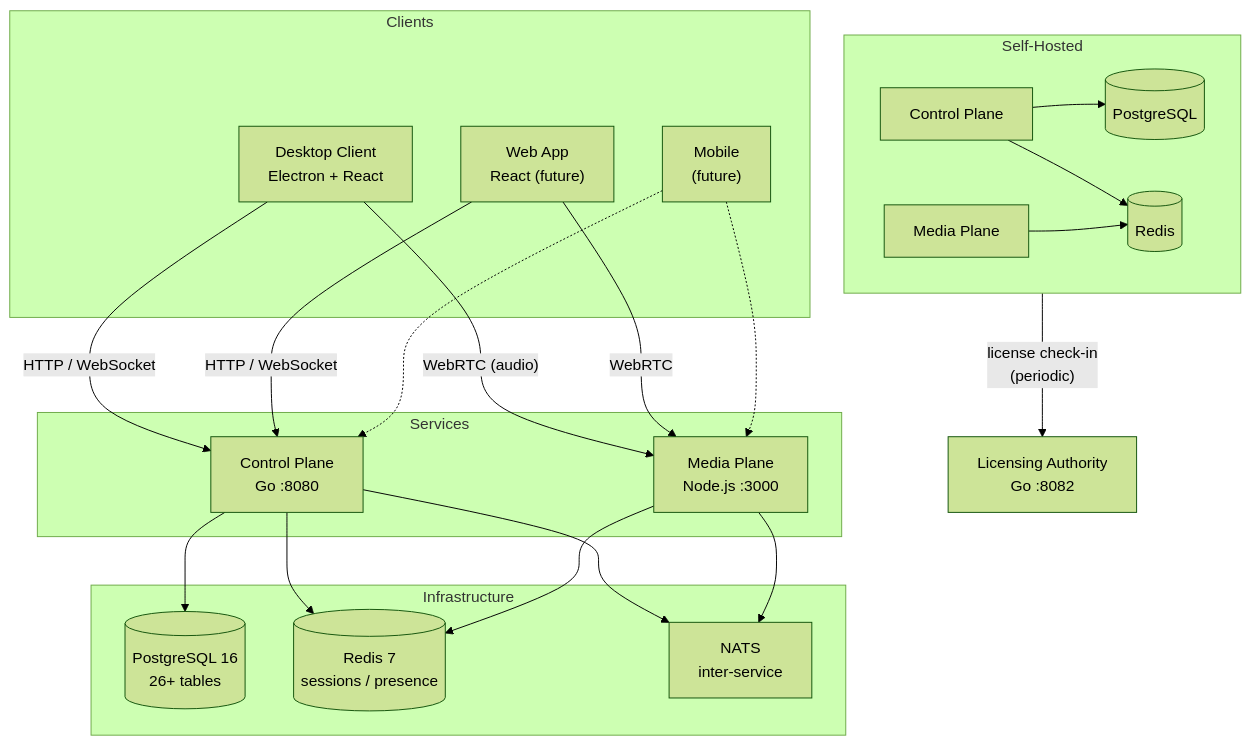
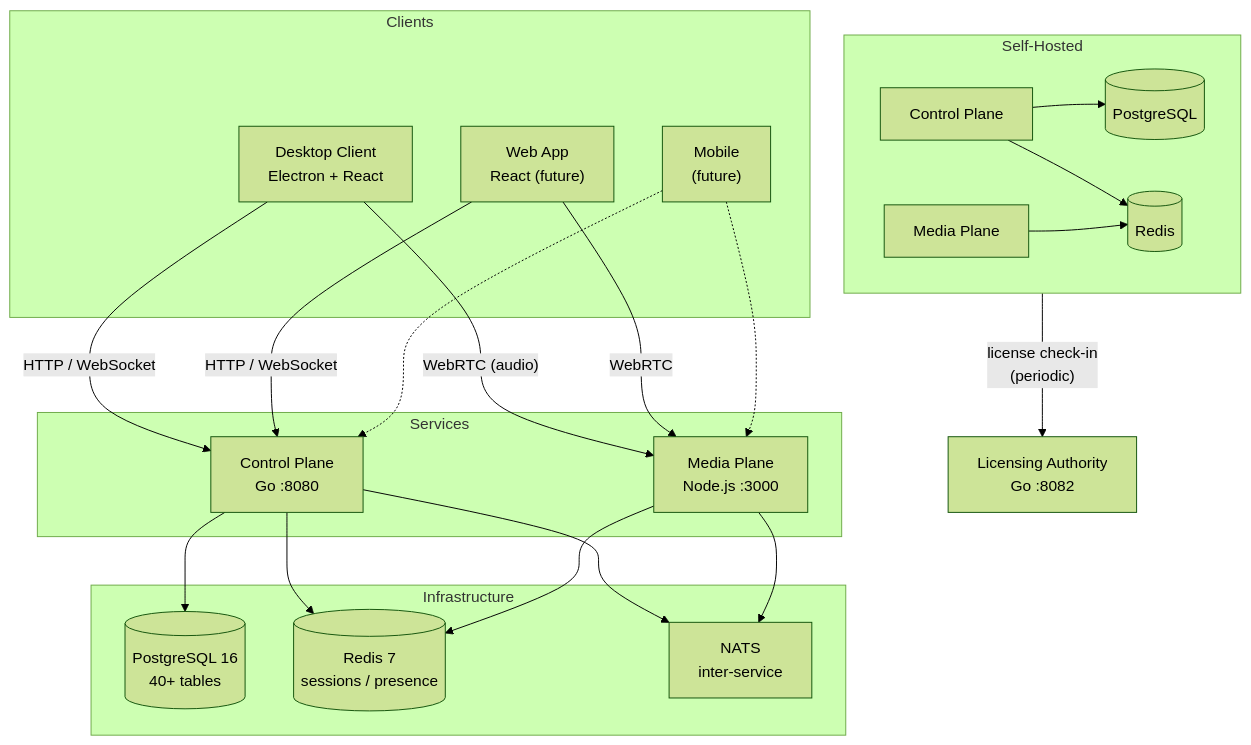
The first of 5 diagrams in docs/architecture.md (Concord-Voice/Self-Hosted), drawn with Mermaid (forest theme) before and after one commit. The commit also changed other lines of this file and 10 other files, not shown here.

````diff
--- a/docs/architecture.md
+++ b/docs/architecture.md
@@ -14,44 +14,44 @@
 ```mermaid
 flowchart TB
     subgraph Clients
         Desktop["Desktop Client<br/>Electron + React"]
         Web["Web App<br/>React (future)"]
         Mobile["Mobile<br/>(future)"]
     end
 
     subgraph Services
         CP["Control Plane<br/>Go :8080"]
         MP["Media Plane<br/>Node.js :3000"]
     end
 
     subgraph Infrastructure
-        PG[("PostgreSQL 16<br/>26+ tables")]
+        PG[("PostgreSQL 16<br/>40+ tables")]
         RD[("Redis 7<br/>sessions / presence")]
         NATS["NATS<br/>inter-service"]
     end
 
     Desktop -- "HTTP / WebSocket" --> CP
     Desktop -- "WebRTC (audio)" --> MP
     Web -- "HTTP / WebSocket" --> CP
     Web -- "WebRTC" --> MP
     Mobile -.-> CP
     Mobile -.-> MP
 
     CP --> PG
     CP --> RD
     CP --> NATS
     MP --> RD
     MP --> NATS
 
     subgraph Self-Hosted
         SH_CP["Control Plane"]
         SH_MP["Media Plane"]
         SH_PG[("PostgreSQL")]
         SH_RD[("Redis")]
         SH_CP --> SH_PG
         SH_CP --> SH_RD
         SH_MP --> SH_RD
     end
 
     Self-Hosted -- "license check-in<br/>(periodic)" --> LA["Licensing Authority<br/>Go :8082"]
 ```
````
